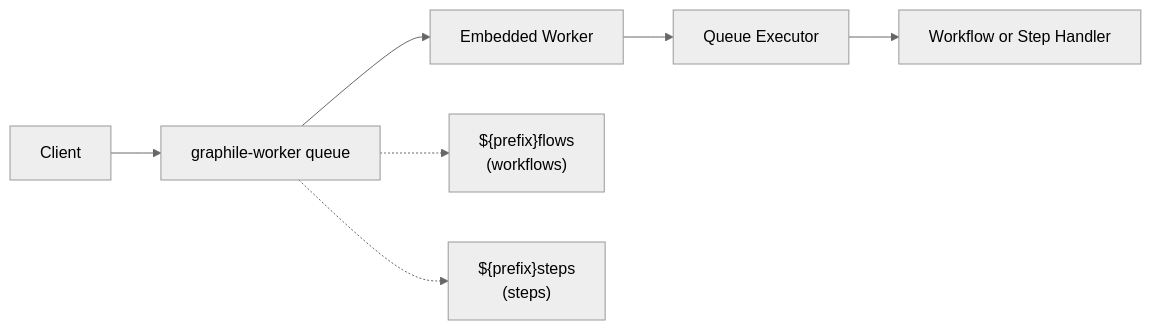
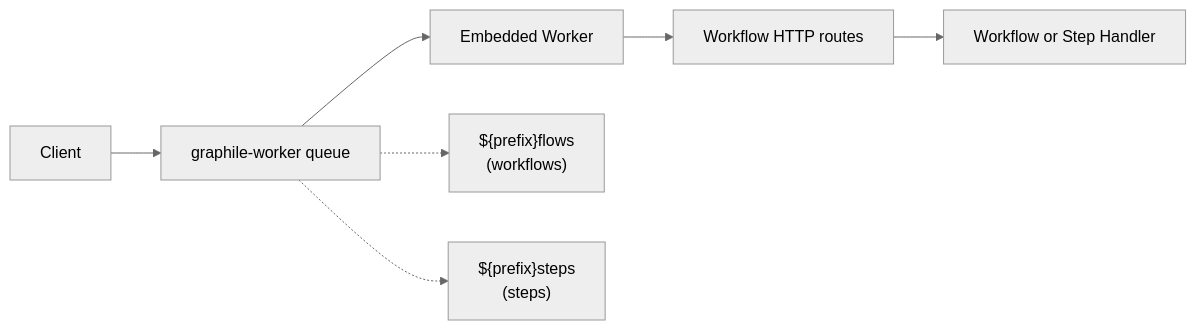
The diagram in packages/world-postgres/HOW_IT_WORKS.md (vercel/workflow), drawn with Mermaid (neutral theme) before and after one commit. The commit also changed other lines of this file and 2 other files, not shown here.

Commit message:
make world-postgres queue http-only

````diff
--- a/packages/world-postgres/HOW_IT_WORKS.md
+++ b/packages/world-postgres/HOW_IT_WORKS.md
@@ -11,10 +11,10 @@
 ```mermaid
 graph LR
     Client --> PG[graphile-worker queue]
     PG --> Worker[Embedded Worker]
-    Worker --> Exec[Queue Executor]
-    Exec --> Handler[Workflow or Step Handler]
+    Worker --> HTTP[Workflow HTTP routes]
+    HTTP --> Handler[Workflow or Step Handler]
 
     PG -.-> F["${prefix}flows<br/>(workflows)"]
     PG -.-> S["${prefix}steps<br/>(steps)"]
 ```
````
